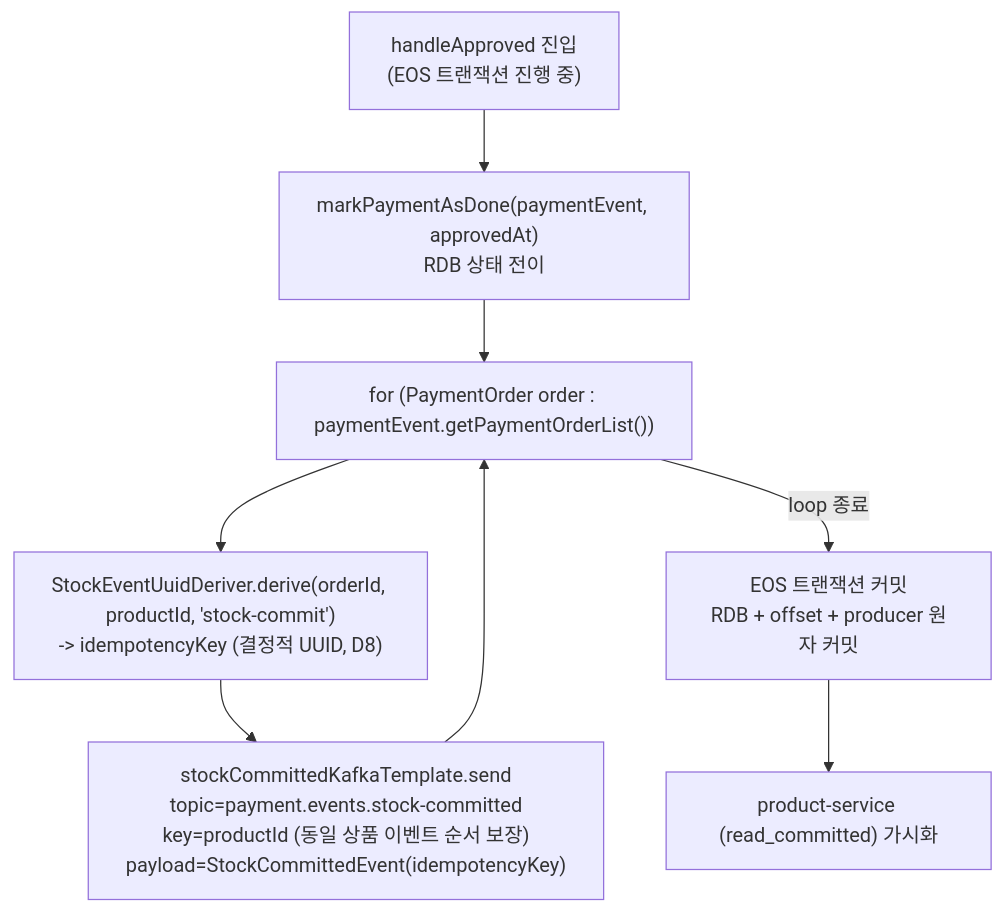
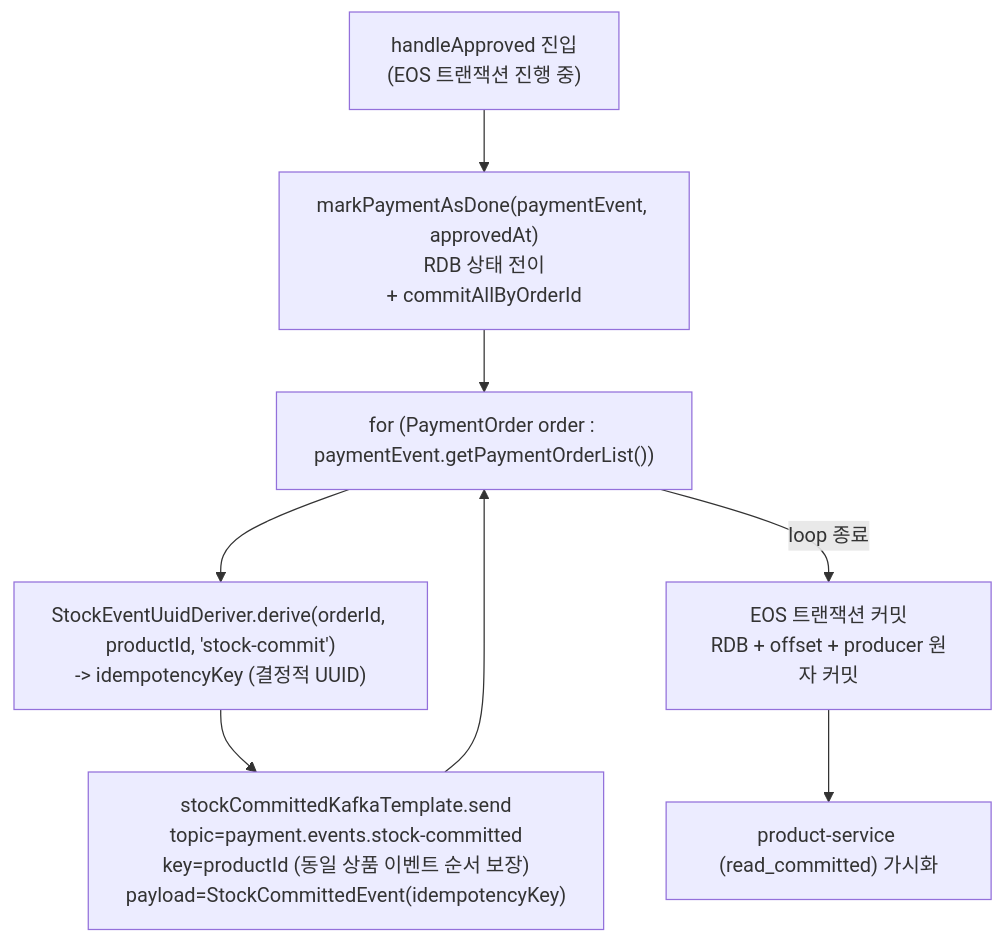
One commit to hyoguoo/payment-platform changed the fifth of 8 diagrams in docs/context/CONFIRM-FLOW.md. Above: the diagram before and after it, drawn with Mermaid. The commit also changed other lines of this file and 7 other files, not shown here.

````diff
--- a/docs/context/CONFIRM-FLOW.md
+++ b/docs/context/CONFIRM-FLOW.md
@@ -259,10 +261,10 @@
 ```mermaid
 flowchart TD
-    APPROVED["handleApproved 진입<br/>(EOS 트랜잭션 진행 중)"] --> MARK_DONE["markPaymentAsDone(paymentEvent, approvedAt)<br/>RDB 상태 전이"]
+    APPROVED["handleApproved 진입<br/>(EOS 트랜잭션 진행 중)"] --> MARK_DONE["markPaymentAsDone(paymentEvent, approvedAt)<br/>RDB 상태 전이<br/>+ commitAllByOrderId"]
     MARK_DONE --> LOOP["for (PaymentOrder order : paymentEvent.getPaymentOrderList())"]
-    LOOP --> DERIVE["StockEventUuidDeriver.derive(orderId, productId, 'stock-commit')<br/>-> idempotencyKey (결정적 UUID, D8)"]
+    LOOP --> DERIVE["StockEventUuidDeriver.derive(orderId, productId, 'stock-commit')<br/>-> idempotencyKey (결정적 UUID)"]
     DERIVE --> SEND["stockCommittedKafkaTemplate.send<br/>topic=payment.events.stock-committed<br/>key=productId (동일 상품 이벤트 순서 보장)<br/>payload=StockCommittedEvent(idempotencyKey)"]
     SEND --> LOOP
     LOOP -->|loop 종료| COMMIT["EOS 트랜잭션 커밋<br/>RDB + offset + producer 원자 커밋"]
     COMMIT --> VISIBLE["product-service (read_committed) 가시화"]
 ```
````
